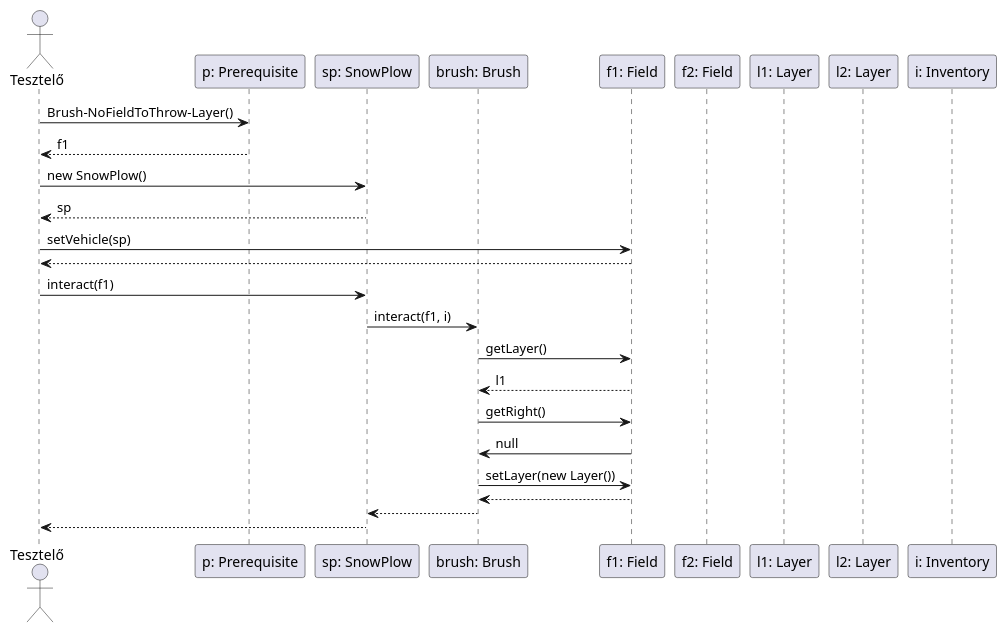
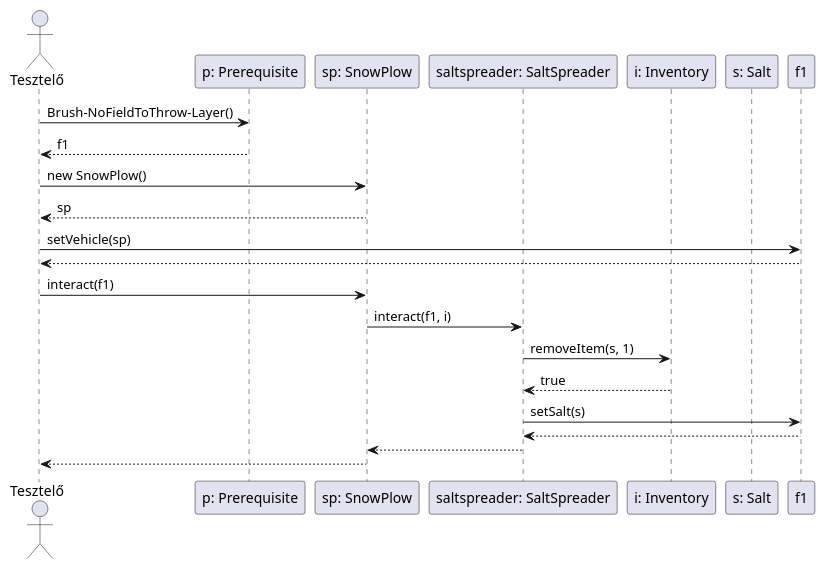
Before and after one commit to uhrinandor/spring: the diagram in docs/skeleton/SaltSpreader/SaltSpreader-Municio.plantuml, drawn with PlantUML. The commit also changed 12 other files, not shown here.

```diff
--- a/docs/skeleton/SaltSpreader/SaltSpreader-Municio.plantuml
+++ b/docs/skeleton/SaltSpreader/SaltSpreader-Municio.plantuml
@@ -1,31 +1,26 @@
 @startuml
 actor "Tesztelő" as tester
 participant "p: Prerequisite" as preq
 participant "sp: SnowPlow" as SnowP
-participant "brush: Brush" as Brush
-participant "f1: Field" as f1
-participant "f2: Field" as f2
-participant "l1: Layer" as l1
-participant "l2: Layer" as l2
+participant "saltspreader: SaltSpreader" as ss
 participant "i: Inventory" as i
+participant "s: Salt" as s
 
 
 
 tester -> preq: Brush-NoFieldToThrow-Layer()
 preq --> tester: f1
 tester -> SnowP: new SnowPlow()
 SnowP --> tester: sp
 tester -> f1: setVehicle(sp)
 f1 --> tester
 tester -> SnowP: interact(f1)
-SnowP -> Brush: interact(f1, i)
-Brush -> f1: getLayer()
-f1 --> Brush: l1
-Brush -> f1: getRight()
-f1 -> Brush: null
-Brush -> f1: setLayer(new Layer())
-f1 --> Brush
-Brush --> SnowP 
+SnowP -> ss: interact(f1, i)
+ss -> i: removeItem(s, 1)
+i --> ss: true
+ss -> f1: setSalt(s)
+f1 --> ss
+ss --> SnowP 
 SnowP --> tester
 
 @enduml
```
